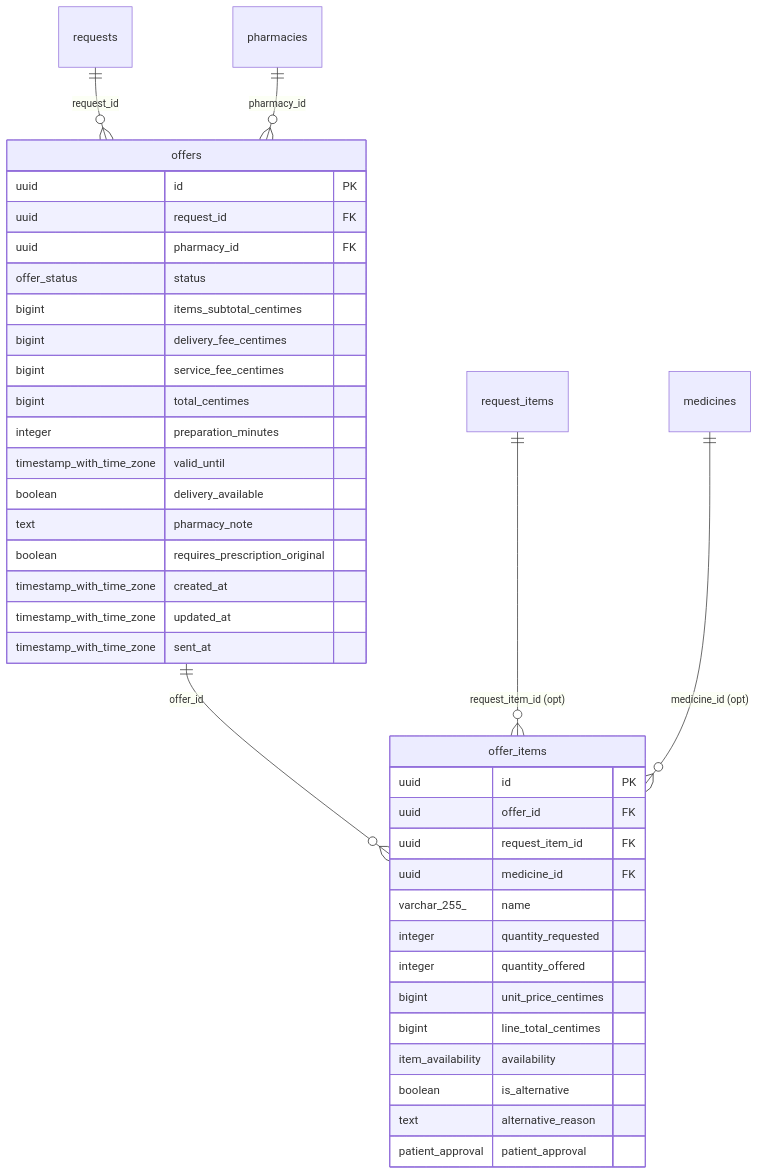
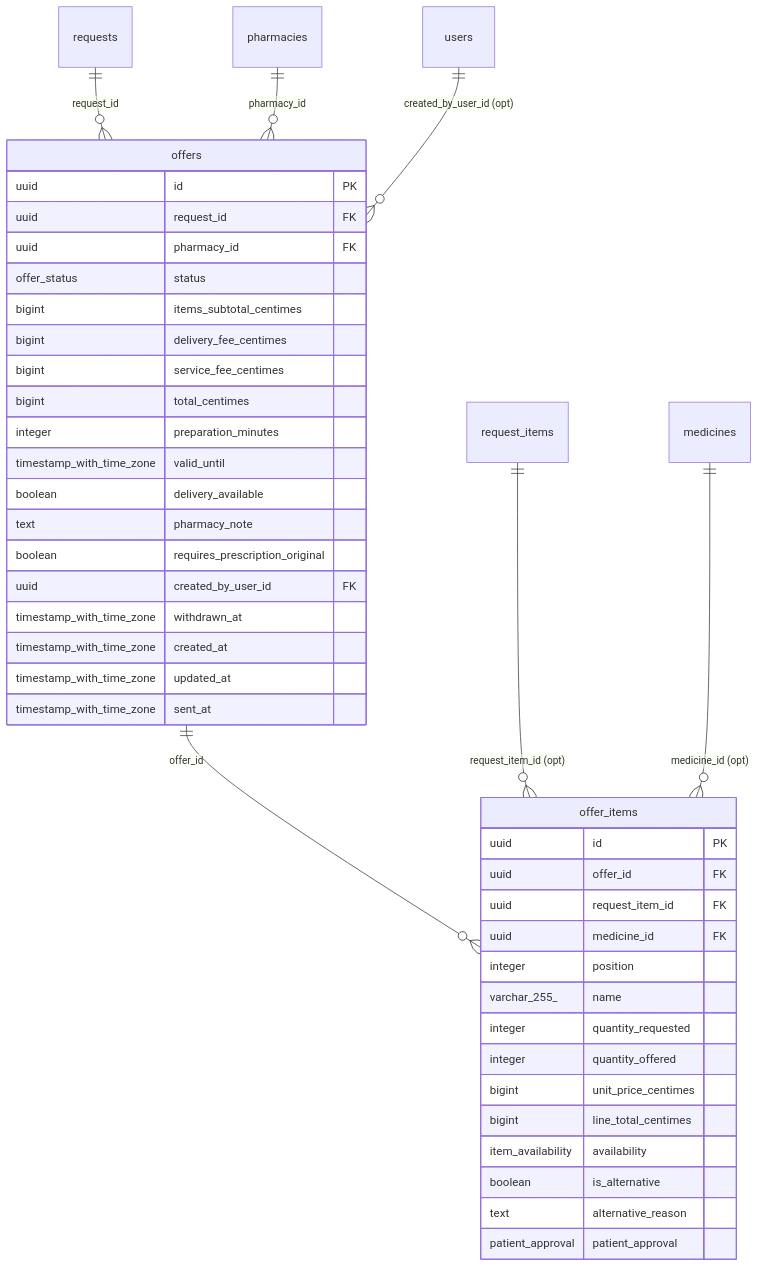
One commit to Chafikbz4/DEWA changed the seventh of 12 diagrams in backend/docs/01-database.md. Above: the diagram before and after it, drawn with Mermaid. The commit also changed other lines of this file and 47 other files, not shown here.

````diff
--- a/backend/docs/01-database.md
+++ b/backend/docs/01-database.md
@@ -529,41 +531,45 @@
 ```mermaid
 erDiagram
   offer_items {
     uuid id PK
     uuid offer_id FK
     uuid request_item_id FK
     uuid medicine_id FK
+    integer position
     varchar_255_ name
     integer quantity_requested
     integer quantity_offered
     bigint unit_price_centimes
     bigint line_total_centimes
     item_availability availability
     boolean is_alternative
     text alternative_reason
     patient_approval patient_approval
   }
   offers {
     uuid id PK
     uuid request_id FK
     uuid pharmacy_id FK
     offer_status status
     bigint items_subtotal_centimes
     bigint delivery_fee_centimes
     bigint service_fee_centimes
     bigint total_centimes
     integer preparation_minutes
     timestamp_with_time_zone valid_until
     boolean delivery_available
     text pharmacy_note
     boolean requires_prescription_original
+    uuid created_by_user_id FK
+    timestamp_with_time_zone withdrawn_at
     timestamp_with_time_zone created_at
     timestamp_with_time_zone updated_at
     timestamp_with_time_zone sent_at
   }
   offers ||--o{ offer_items : "offer_id"
   request_items ||--o{ offer_items : "request_item_id (opt)"
   medicines ||--o{ offer_items : "medicine_id (opt)"
   requests ||--o{ offers : "request_id"
   pharmacies ||--o{ offers : "pharmacy_id"
+  users ||--o{ offers : "created_by_user_id (opt)"
 ```
````
